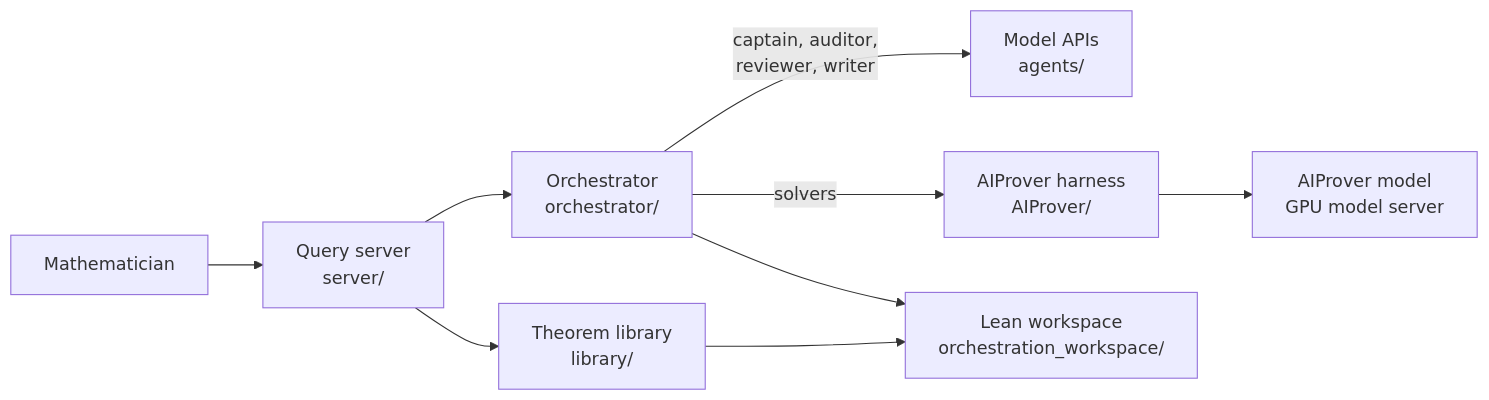
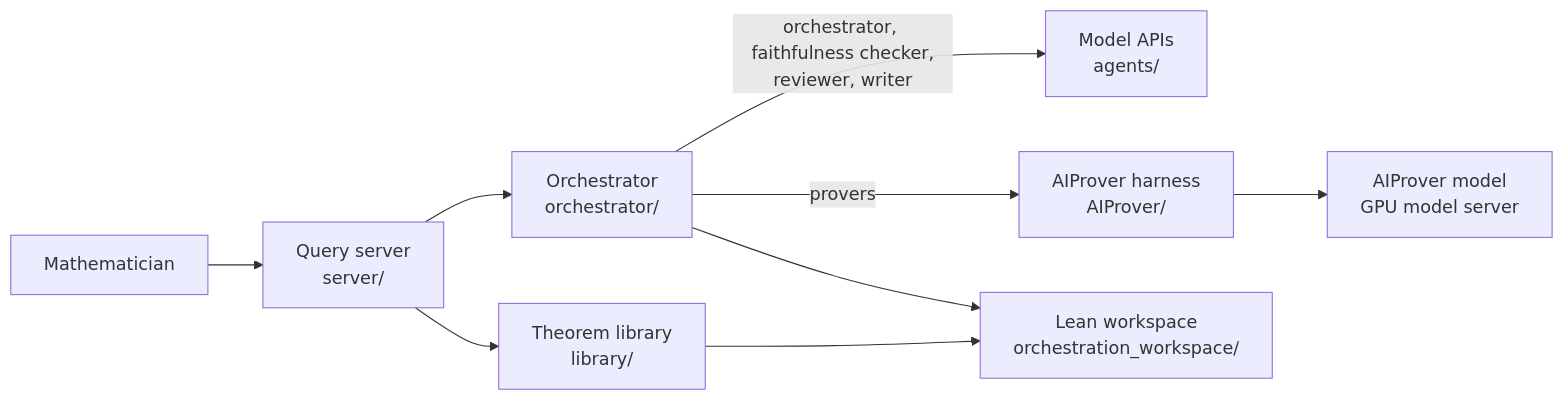
One commit to Logan-Cole-Luna/aiprover-orchestration changed the diagram in README.md. Above: the diagram before and after it, drawn with Mermaid. The commit also changed other lines of this file and 111 other files, not shown here.

````diff
--- a/README.md
+++ b/README.md
@@ -223,11 +223,11 @@
 ```mermaid
 flowchart LR
     M[Mathematician] --> S[Query server<br/>server/]
     S --> O[Orchestrator<br/>orchestrator/]
     S --> L[Theorem library<br/>library/]
-    O -->|captain, auditor,<br/>reviewer, writer| C[Model APIs<br/>agents/]
-    O -->|solvers| A[AIProver harness<br/>AIProver/]
+    O -->|orchestrator, faithfulness checker,<br/>reviewer, writer| C[Model APIs<br/>agents/]
+    O -->|provers| A[AIProver harness<br/>AIProver/]
     A --> V[AIProver model<br/>GPU model server]
     O --> W[Lean workspace<br/>orchestration_workspace/]
     L --> W
 ```
````
